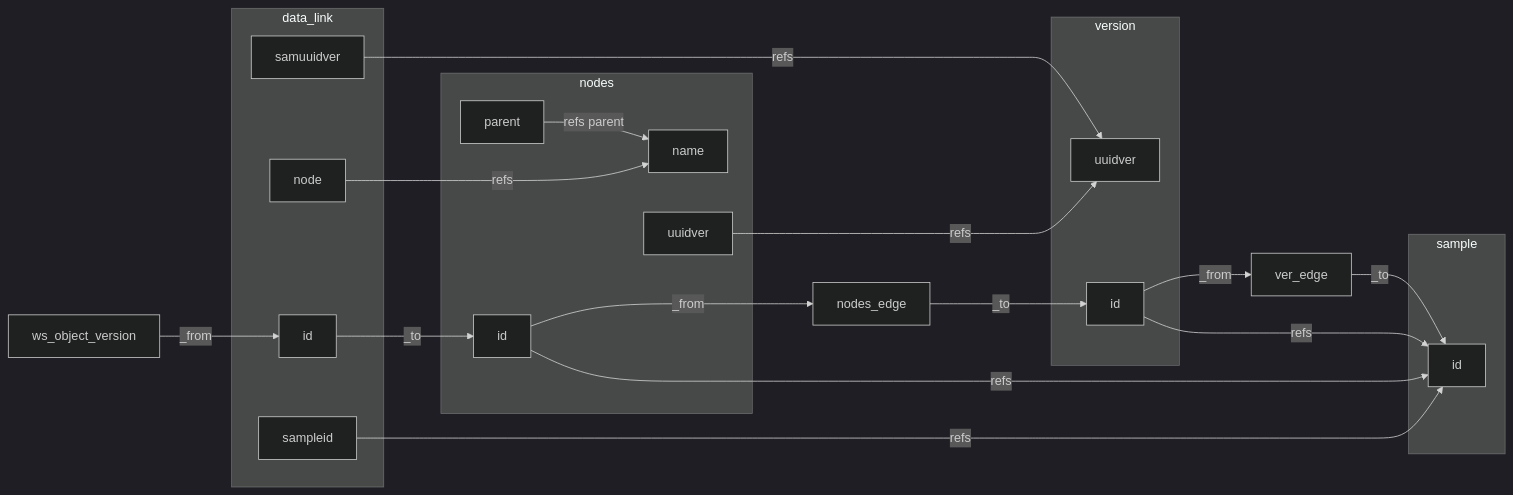
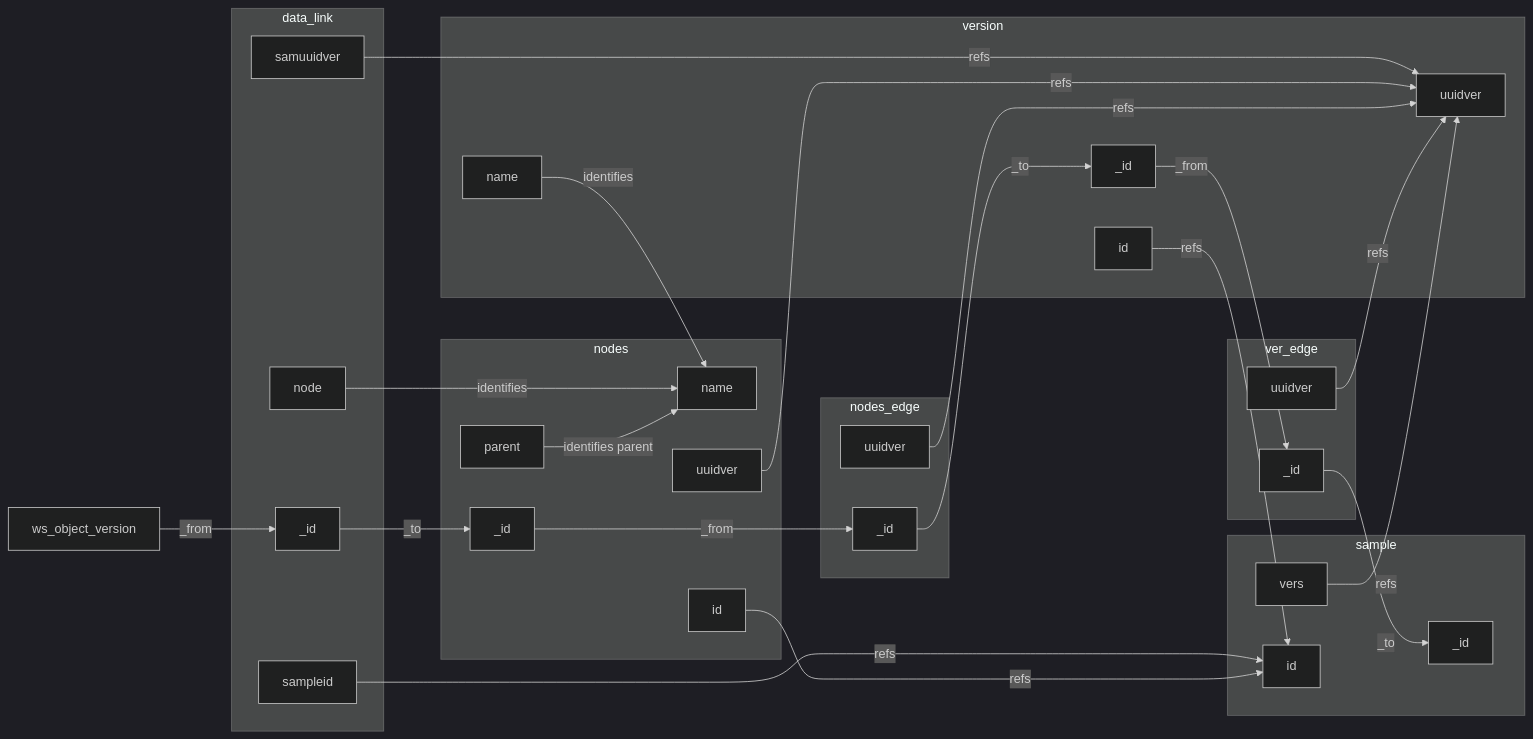
The diagram in docs/design/arango_db.md (sashianl/sample_service), drawn with Mermaid (dark theme) before and after one commit.

````diff
--- a/docs/design/arango_db.md
+++ b/docs/design/arango_db.md
@@ -1,38 +1,57 @@
 ```mermaid
 flowchart LR
     
+    vers_sample -- refs --> uuidver_version
     subgraph sample
+      _id_sample[_id]
       id_sample[id]
+      vers_sample[vers]
     end
     
     sampleid_data_link -- refs --> id_sample
-    node_data_link -- refs ---> name_node
-    uuidver_node -- refs --> uuidver_version
+    node_data_link -- identifies --> name_node
     samuuidver_data_link -- refs --> uuidver_version
     subgraph data_link
-      id_data_link[id]
-      node_data_link[node]
+      _id_data_link[_id]
       sampleid_data_link[sampleid]
       samuuidver_data_link[samuuidver]
+      node_data_link[node]
     end
     
     id_node -- refs --> id_sample
-    parent_node -- refs parent --> name_node
+    parent_node -- identifies parent --> name_node
+    uuidver_node -- refs --> uuidver_version
     subgraph nodes
       id_node[id]
+      _id_node[_id]
       name_node[name]
       parent_node[parent]
       uuidver_node[uuidver]
     end
     
     id_version -- refs --> id_sample
+    name_version -- identifies --> name_node
     subgraph version
+      _id_version[_id]
+      uuidver_version[uuidver]
       id_version[id]
-      uuidver_version[uuidver]
+      name_version[name]
     end 
+    
+    uuidver_nodes_edge -- refs --> uuidver_version
+    subgraph nodes_edge
+      _id_nodes_edge[_id]
+      uuidver_nodes_edge[uuidver]
+    end
+    
+    uuidver_ver_edge -- refs --> uuidver_version
+    subgraph ver_edge
+      _id_ver_edge[_id]
+      uuidver_ver_edge[uuidver]
+    end
    
-    ws_object_version -- _from --> id_data_link -- _to --> id_node
-    id_node -- _from ---> nodes_edge -- _to ---> id_version
-    id_version -- _from --> ver_edge -- _to --> id_sample
+    ws_object_version -- _from --> _id_data_link -- _to --> _id_node
+    _id_node -- _from ---> _id_nodes_edge -- _to ---> _id_version
+    _id_version -- _from --> _id_ver_edge -- _to --> _id_sample
     
 ```
````
